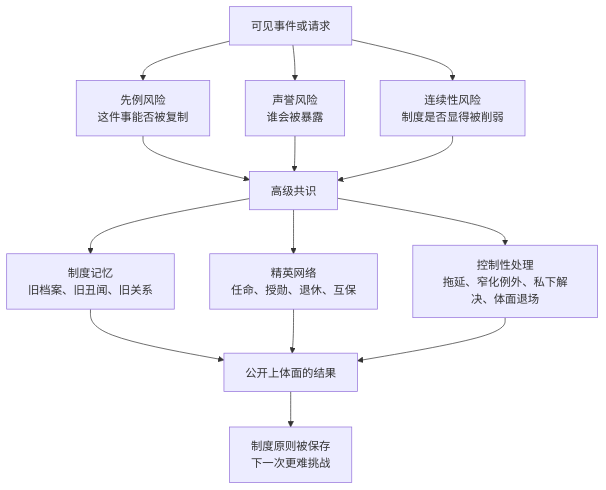
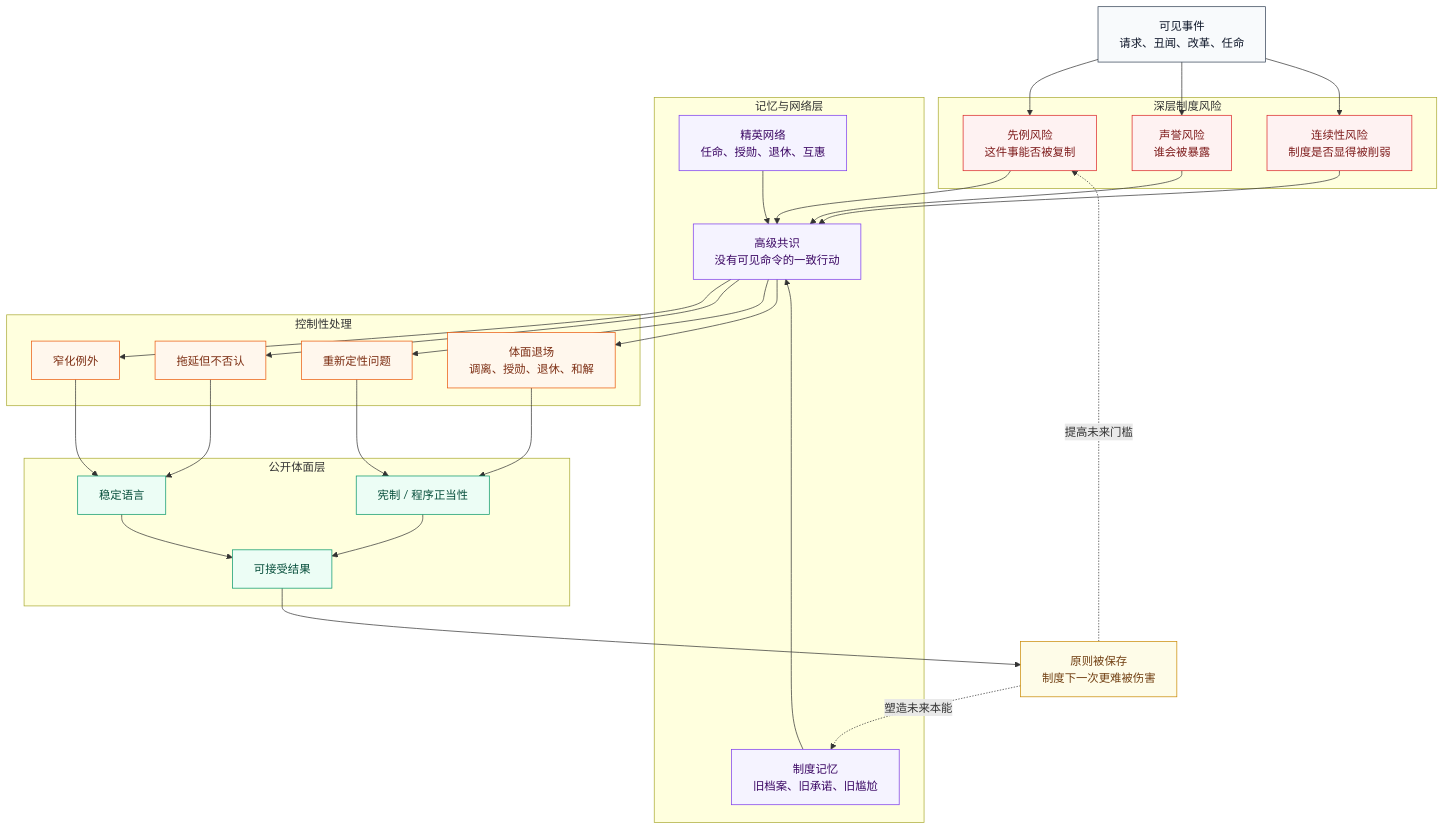
The eighth of 8 diagrams in README.md (Mingfius-Song/GCMG-ladder_to_apotheosis-skill), drawn with Mermaid before and after one commit. The commit also changed other lines of this file, not shown here.

Commit message:
Refine Humphrey and Arnold diagrams with layered architecture

````diff
--- a/README.md
+++ b/README.md
@@ -510,19 +617,60 @@
 ```mermaid
-flowchart TD
-    EventCN["可见事件或请求"] --> PrecedentCN["先例风险<br/>这件事能否被复制"]
-    EventCN --> ReputationCN["声誉风险<br/>谁会被暴露"]
-    EventCN --> ContinuityCN["连续性风险<br/>制度是否显得被削弱"]
+flowchart TB
+    EventCN2["可见事件<br/>请求、丑闻、改革、任命"]:::input
 
-    PrecedentCN --> SeniorConsensusCN["高级共识"]
-    ReputationCN --> SeniorConsensusCN
-    ContinuityCN --> SeniorConsensusCN
+    subgraph RiskCN2["深层制度风险"]
+        PrecedentCN2["先例风险<br/>这件事能否被复制"]:::risk
+        ReputationCN2["声誉风险<br/>谁会被暴露"]:::risk
+        ContinuityCN2["连续性风险<br/>制度是否显得被削弱"]:::risk
+    end
 
-    SeniorConsensusCN --> MemoryCN["制度记忆<br/>旧档案、旧丑闻、旧关系"]
-    SeniorConsensusCN --> NetworkCN["精英网络<br/>任命、授勋、退休、互保"]
-    SeniorConsensusCN --> ContainmentCN["控制性处理<br/>拖延、窄化例外、私下解决、体面退场"]
+    subgraph MemoryNetCN["记忆与网络层"]
+        MemoryCN2["制度记忆<br/>旧档案、旧承诺、旧尴尬"]:::memory
+        NetworkCN2["精英网络<br/>任命、授勋、退休、互惠"]:::memory
+        ConsensusCN["高级共识<br/>没有可见命令的一致行动"]:::memory
+    end
 
-    MemoryCN --> OutputCN["公开上体面的结果"]
-    NetworkCN --> OutputCN
-    ContainmentCN --> OutputCN
-    OutputCN --> DoctrineCN["制度原则被保存<br/>下一次更难挑战"]
+    subgraph ContainmentCN2["控制性处理"]
+        NarrowingCN["窄化例外"]:::contain
+        DelayCN["拖延但不否认"]:::contain
+        ReclassifyCN["重新定性问题"]:::contain
+        DignifiedExitCN["体面退场<br/>调离、授勋、退休、和解"]:::contain
+    end
+
+    subgraph PublicFaceCN["公开体面层"]
+        StabilityCN["稳定语言"]:::public
+        ProprietyCN["宪制 / 程序正当性"]:::public
+        OutcomeCN2["可接受结果"]:::public
+    end
+
+    DoctrineCN2["原则被保存<br/>制度下一次更难被伤害"]:::doctrine
+
+    EventCN2 --> PrecedentCN2
+    EventCN2 --> ReputationCN2
+    EventCN2 --> ContinuityCN2
+    PrecedentCN2 --> ConsensusCN
+    ReputationCN2 --> ConsensusCN
+    ContinuityCN2 --> ConsensusCN
+    MemoryCN2 --> ConsensusCN
+    NetworkCN2 --> ConsensusCN
+    ConsensusCN --> NarrowingCN
+    ConsensusCN --> DelayCN
+    ConsensusCN --> ReclassifyCN
+    ConsensusCN --> DignifiedExitCN
+    NarrowingCN --> StabilityCN
+    DelayCN --> StabilityCN
+    ReclassifyCN --> ProprietyCN
+    DignifiedExitCN --> ProprietyCN
+    StabilityCN --> OutcomeCN2
+    ProprietyCN --> OutcomeCN2
+    OutcomeCN2 --> DoctrineCN2
+    DoctrineCN2 -.塑造未来本能.-> MemoryCN2
+    DoctrineCN2 -.提高未来门槛.-> PrecedentCN2
+
+    classDef input fill:#f8fafc,stroke:#334155,stroke-width:1px,color:#0f172a
+    classDef risk fill:#fef2f2,stroke:#dc2626,stroke-width:1px,color:#7f1d1d
+    classDef memory fill:#f5f3ff,stroke:#7c3aed,stroke-width:1px,color:#3b0764
+    classDef contain fill:#fff7ed,stroke:#ea580c,stroke-width:1px,color:#7c2d12
+    classDef public fill:#ecfdf5,stroke:#059669,stroke-width:1px,color:#064e3b
+    classDef doctrine fill:#fefce8,stroke:#ca8a04,stroke-width:1px,color:#713f12
 ```
````
